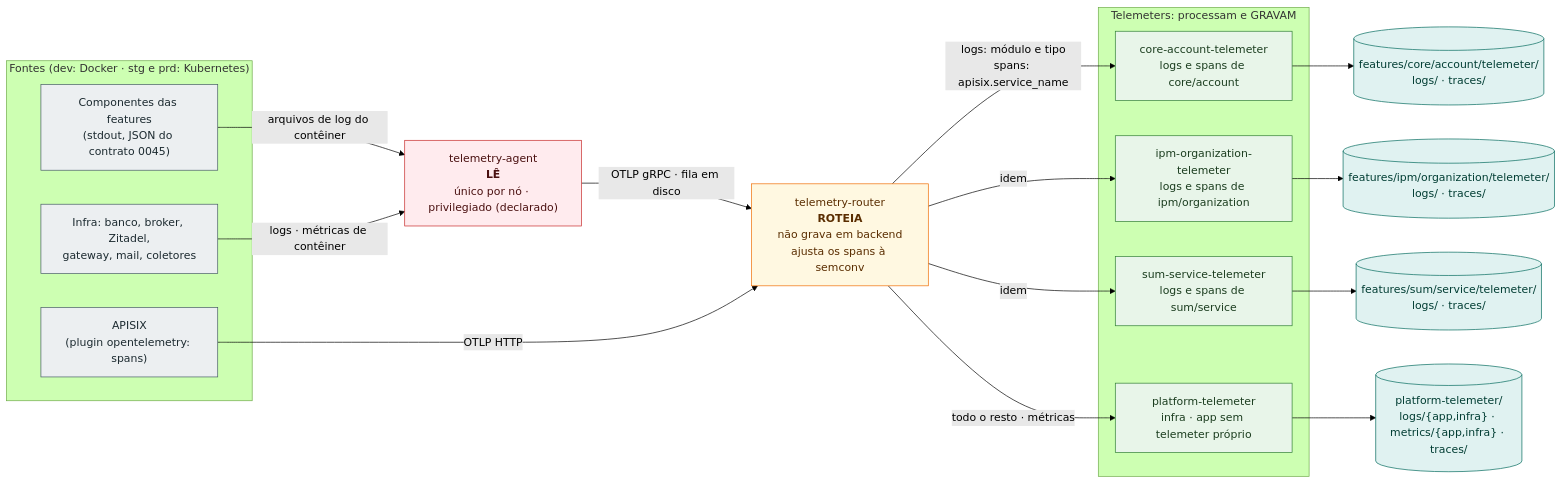
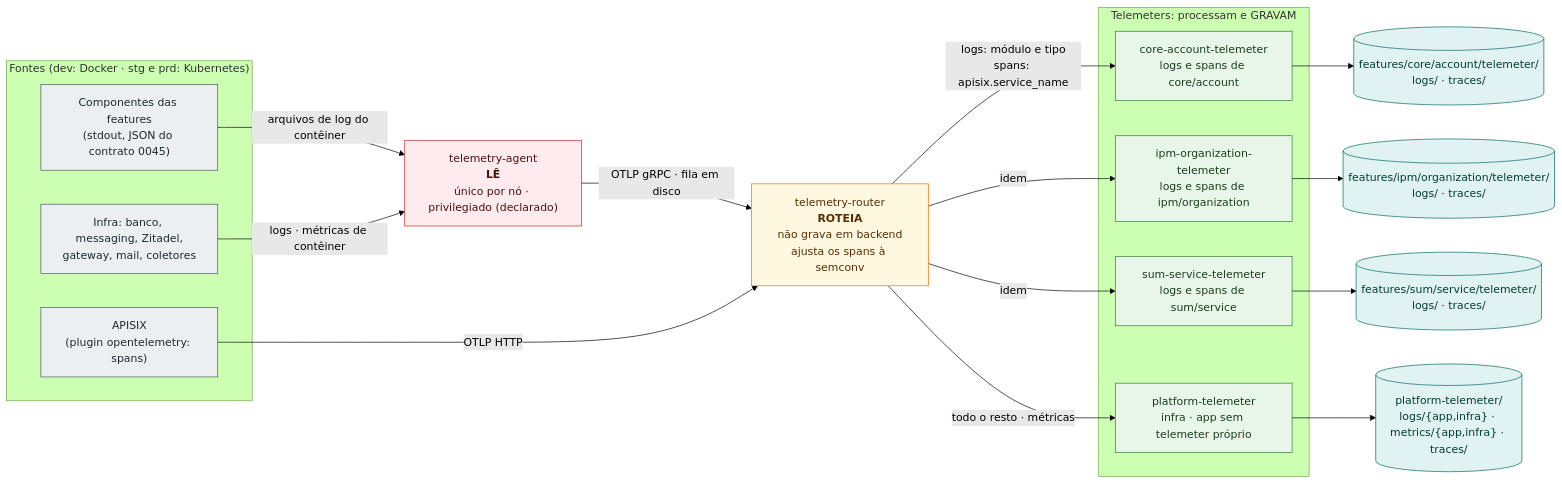
The diagram in docs/diagrams/observability-architecture.mmd (danielsabatini/smarkee), drawn with Mermaid (forest theme) before and after one commit. The commit also changed 154 other files, not shown here.

First line of the commit message:
refactor: nomes pela solução e não pelo produto (identity, messaging) e infra broker -> messaging

```diff
--- a/docs/diagrams/observability-architecture.mmd
+++ b/docs/diagrams/observability-architecture.mmd
@@ -1,40 +1,40 @@
 flowchart LR
     classDef src fill:#eceff1,stroke:#455a64,color:#1c2a30
     classDef read fill:#ffebee,stroke:#c62828,color:#4a1010
     classDef route fill:#fff8e1,stroke:#ef6c00,color:#5a2d00
     classDef write fill:#e8f5e9,stroke:#2e7d32,color:#1b3d1f
     classDef out fill:#e0f2f1,stroke:#00695c,color:#003d33
 
     subgraph FONTES["Fontes (dev: Docker · stg e prd: Kubernetes)"]
         APPS["Componentes das features<br/>(stdout, JSON do contrato 0045)"]:::src
-        INFRA["Infra: banco, broker, Zitadel,<br/>gateway, mail, coletores"]:::src
+        INFRA["Infra: banco, messaging, Zitadel,<br/>gateway, mail, coletores"]:::src
         APISIX["APISIX<br/>(plugin opentelemetry: spans)"]:::src
     end
 
     AGENT["telemetry-agent<br/><b>LÊ</b><br/>único por nó · privilegiado (declarado)"]:::read
     ROUTER["telemetry-router<br/><b>ROTEIA</b><br/>não grava em backend<br/>ajusta os spans à semconv"]:::route
 
     subgraph TELEMETERS["Telemeters: processam e GRAVAM"]
         CORE["core-account-telemeter<br/>logs e spans de core/account"]:::write
         IPM["ipm-organization-telemeter<br/>logs e spans de ipm/organization"]:::write
         SUM["sum-service-telemeter<br/>logs e spans de sum/service"]:::write
         PLAT["platform-telemeter<br/>infra · app sem telemeter próprio"]:::write
     end
 
     OUTCORE[("features/core/account/telemeter/<br/>logs/ · traces/")]:::out
     OUTIPM[("features/ipm/organization/telemeter/<br/>logs/ · traces/")]:::out
     OUTSUM[("features/sum/service/telemeter/<br/>logs/ · traces/")]:::out
     OUTPLAT[("platform-telemeter/<br/>logs/{app,infra} · metrics/{app,infra} · traces/")]:::out
 
     APPS -- "arquivos de log do contêiner" --> AGENT
     INFRA -- "logs · métricas de contêiner" --> AGENT
     AGENT -- "OTLP gRPC · fila em disco" --> ROUTER
     APISIX -- "OTLP HTTP" --> ROUTER
     ROUTER -- "logs: módulo e tipo<br/>spans: apisix.service_name" --> CORE
     ROUTER -- "idem" --> IPM
     ROUTER -- "idem" --> SUM
     ROUTER -- "todo o resto · métricas" --> PLAT
     CORE --> OUTCORE
     IPM --> OUTIPM
     SUM --> OUTSUM
     PLAT --> OUTPLAT
```
